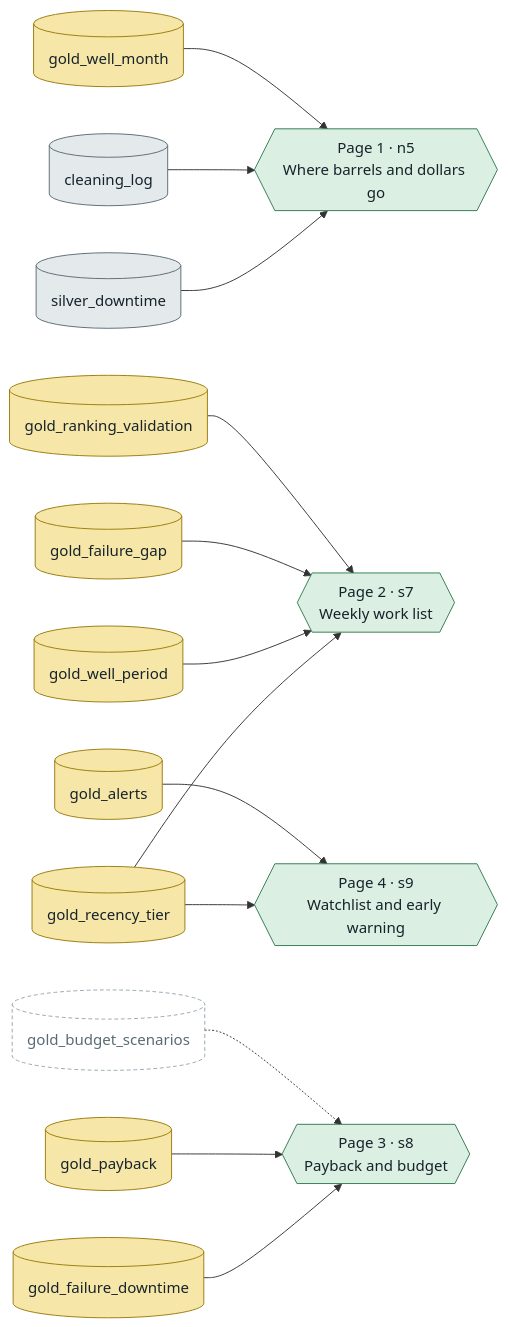
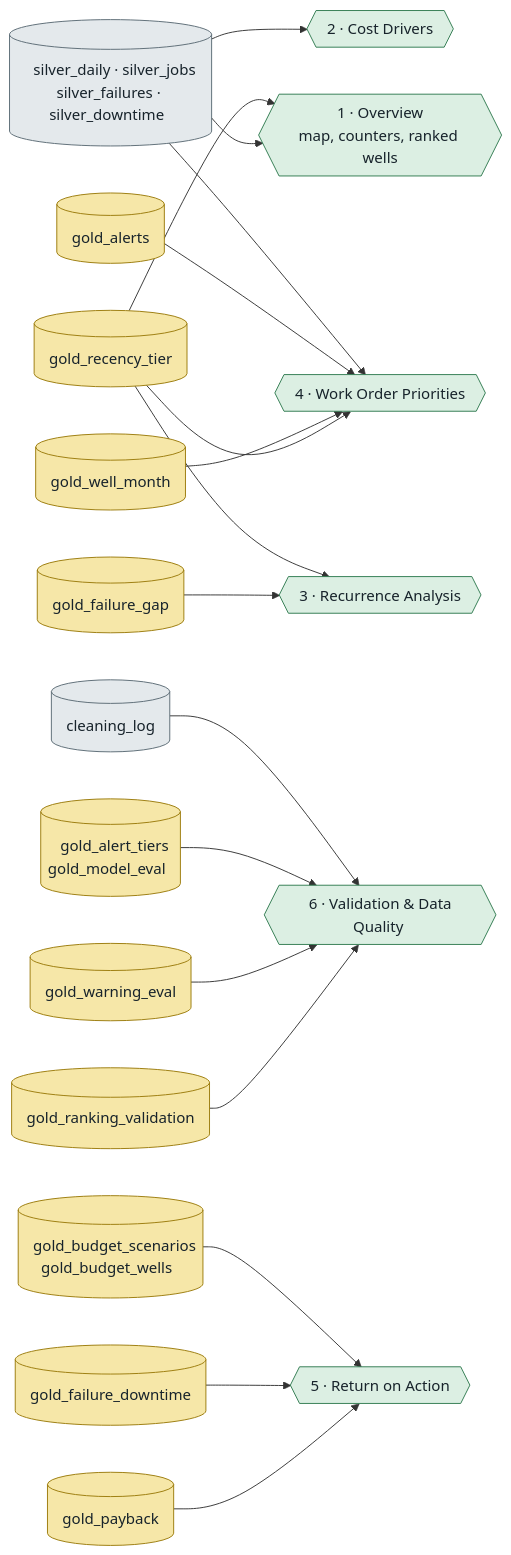
The fourth of 4 diagrams in docs/notebooks_and_data_flow.md (Angie629/dsmlc2026), drawn with Mermaid before and after one commit. The commit also changed other lines of this file and 4 other files, not shown here.

````diff
--- a/docs/notebooks_and_data_flow.md
+++ b/docs/notebooks_and_data_flow.md
@@ -162,31 +168,33 @@
 ```mermaid
 flowchart LR
   classDef silver fill:#e4e9ec,stroke:#5a6a74,color:#17232b
   classDef gold fill:#f6e7a8,stroke:#9a7a0a,color:#17232b
-  classDef planned fill:#ffffff,stroke:#93a3ad,color:#5a6a74,stroke-dasharray: 4 3
   classDef dash fill:#dcefe3,stroke:#2f7a4f,color:#17232b
 
-  ST[("#nbsp;#nbsp;silver_downtime#nbsp;#nbsp;")]:::silver
+  SL[("#nbsp;#nbsp;silver_daily · silver_jobs<br>silver_failures · silver_downtime#nbsp;#nbsp;")]:::silver
   CL[("#nbsp;#nbsp;cleaning_log#nbsp;#nbsp;")]:::silver
+  GRT[("#nbsp;#nbsp;gold_recency_tier#nbsp;#nbsp;")]:::gold
+  GFG[("#nbsp;#nbsp;gold_failure_gap#nbsp;#nbsp;")]:::gold
   GWM[("#nbsp;#nbsp;gold_well_month#nbsp;#nbsp;")]:::gold
-  GRT[("#nbsp;#nbsp;gold_recency_tier#nbsp;#nbsp;")]:::gold
-  GWP[("#nbsp;#nbsp;gold_well_period#nbsp;#nbsp;")]:::gold
-  GFG[("#nbsp;#nbsp;gold_failure_gap#nbsp;#nbsp;")]:::gold
-  GRV[("#nbsp;#nbsp;gold_ranking_validation#nbsp;#nbsp;")]:::gold
+  GAL[("#nbsp;#nbsp;gold_alerts#nbsp;#nbsp;")]:::gold
   GFD[("#nbsp;#nbsp;gold_failure_downtime#nbsp;#nbsp;")]:::gold
   GPB[("#nbsp;#nbsp;gold_payback#nbsp;#nbsp;")]:::gold
-  GBS[("#nbsp;#nbsp;gold_budget_scenarios#nbsp;#nbsp;")]:::planned
-  GAL[("#nbsp;#nbsp;gold_alerts#nbsp;#nbsp;")]:::gold
+  GBS[("#nbsp;#nbsp;gold_budget_scenarios<br>gold_budget_wells#nbsp;#nbsp;")]:::gold
+  GRV[("#nbsp;#nbsp;gold_ranking_validation#nbsp;#nbsp;")]:::gold
+  GWE[("#nbsp;#nbsp;gold_warning_eval#nbsp;#nbsp;")]:::gold
+  GML[("#nbsp;#nbsp;gold_alert_tiers<br>gold_model_eval#nbsp;#nbsp;")]:::gold
 
-  P1{{"#nbsp;Page 1 · n5#nbsp;<br>Where barrels and dollars go"}}:::dash
-  P2{{"#nbsp;Page 2 · s7#nbsp;<br>Weekly work list"}}:::dash
-  P3{{"#nbsp;Page 3 · s8#nbsp;<br>Payback and budget"}}:::dash
-  P4{{"#nbsp;Page 4 · s9#nbsp;<br>Watchlist and early warning"}}:::dash
+  T1{{"#nbsp;1 · Overview#nbsp;<br>map, counters, ranked wells"}}:::dash
+  T2{{"#nbsp;2 · Cost Drivers#nbsp;"}}:::dash
+  T3{{"#nbsp;3 · Recurrence Analysis#nbsp;"}}:::dash
+  T4{{"#nbsp;4 · Work Order Priorities#nbsp;"}}:::dash
+  T5{{"#nbsp;5 · Return on Action#nbsp;"}}:::dash
+  T6{{"#nbsp;6 · Validation & Data Quality#nbsp;"}}:::dash
 
-  ST & CL & GWM --> P1
-  GRT & GWP & GFG & GRV --> P2
-  GFD & GPB --> P3
-  GBS -.-> P3
-  GRT --> P4
-  GAL --> P4
+  SL & GRT --> T1
+  SL --> T2
+  GFG & GRT --> T3
+  GRT & GWM & GAL & SL --> T4
+  GPB & GFD & GBS --> T5
+  GRV & GWE & GML & CL --> T6
 ```
````
